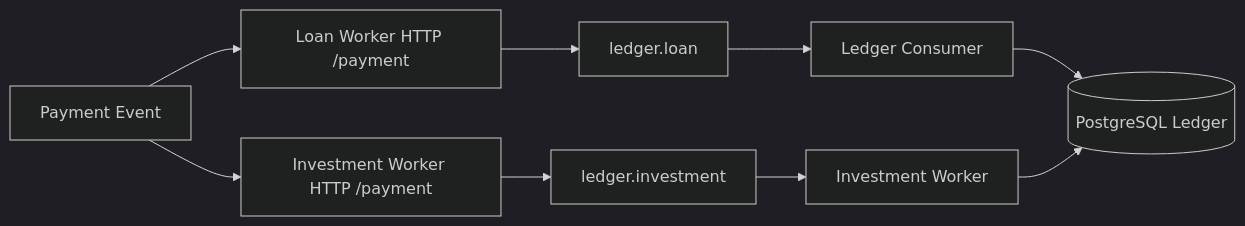
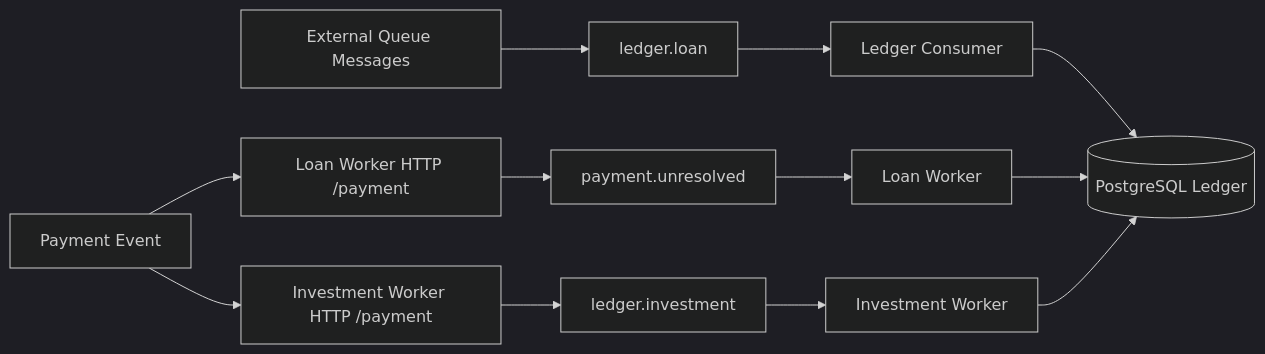
One commit to Eutychus-Kimutai/ufanisi-acc changed the diagram in docs/ARCHITECTURE.md. Above: the diagram before and after it, drawn with Mermaid (dark theme). The commit also changed other lines of this file and 2 other files, not shown here.

````diff
--- a/docs/ARCHITECTURE.md
+++ b/docs/ARCHITECTURE.md
@@ -49,14 +48,17 @@
 ```mermaid
 flowchart LR
     Pay[Payment Event] --> LoanHTTP[Loan Worker HTTP /payment]
     Pay --> InvHTTP[Investment Worker HTTP /payment]
 
-    LoanHTTP --> LoanQ[ledger.loan]
+    LoanHTTP --> UnresolvedQ[payment.unresolved]
     InvHTTP --> InvQ[ledger.investment]
+    Ext[External Queue Messages] --> LoanQ[ledger.loan]
 
     LoanQ --> LedgerConsumer[Ledger Consumer]
+    UnresolvedQ --> LoanWorker[Loan Worker]
     InvQ --> InvestmentWorker[Investment Worker]
 
     LedgerConsumer --> DB[(PostgreSQL Ledger)]
+    LoanWorker --> DB
     InvestmentWorker --> DB
 ```
````
